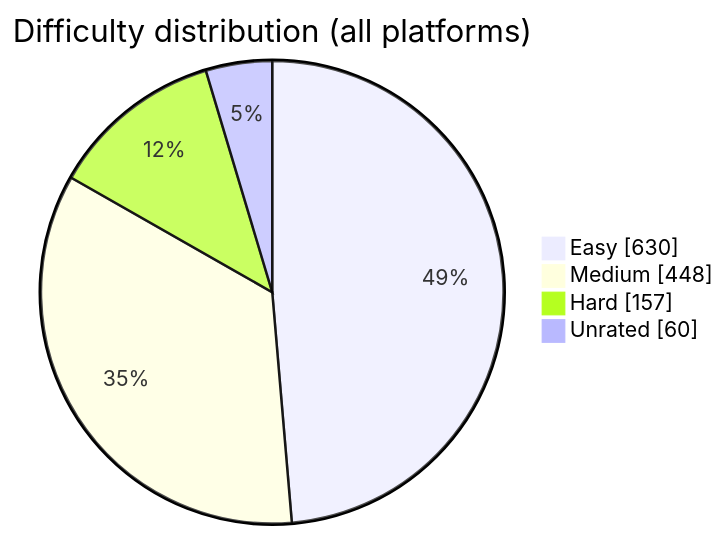
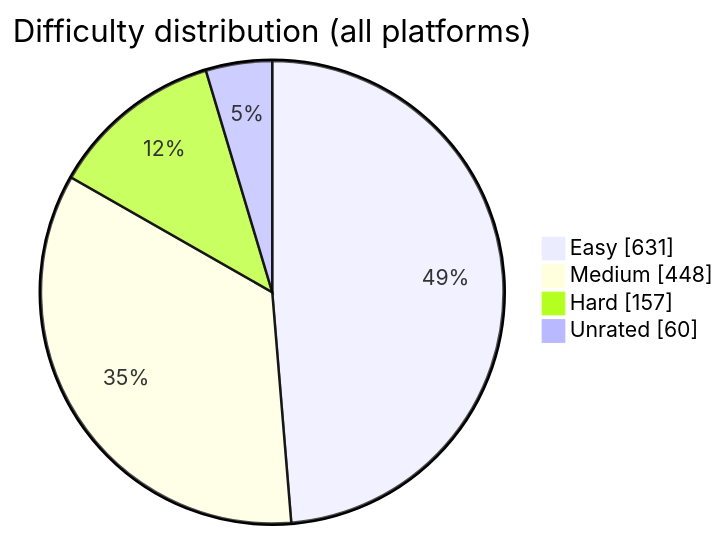
Before and after one commit to BuildbyArindam/Daily-Coding-Log: the diagram in README.md, drawn with Mermaid. The commit also changed other lines of this file, not shown here.

````diff
--- a/README.md
+++ b/README.md
@@ -93,7 +93,7 @@
 ```mermaid
 pie showData title Difficulty distribution (all platforms)
-    "Easy" : 630
+    "Easy" : 631
     "Medium" : 448
     "Hard" : 157
     "Unrated" : 60
 ```
````
